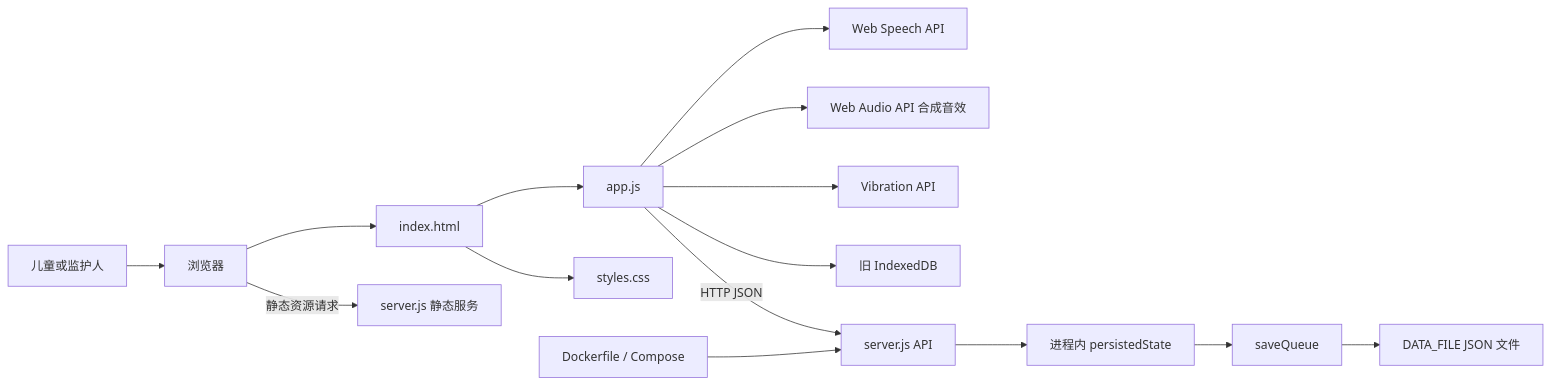
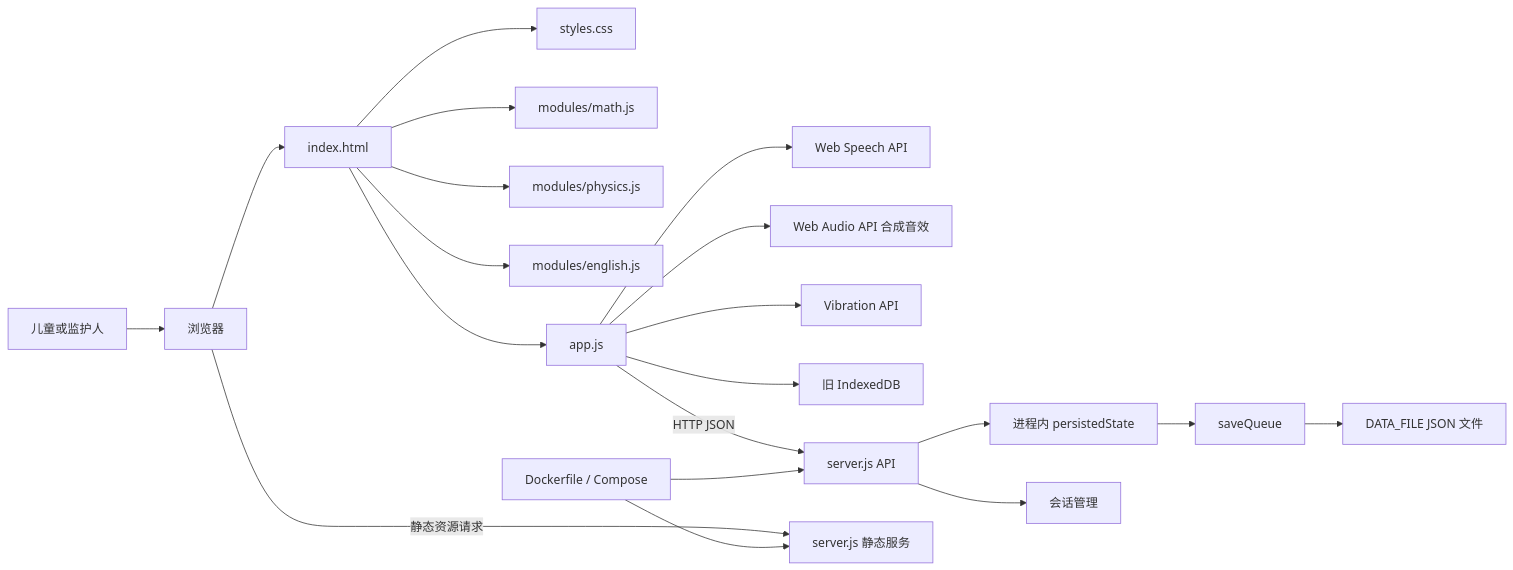
One commit to guccang/yuanbao changed the first of 2 diagrams in docs/codinghub/architecture.md. Above: the diagram before and after it, drawn with Mermaid. The commit also changed other lines of this file and 3 other files, not shown here.

````diff
--- a/docs/codinghub/architecture.md
+++ b/docs/codinghub/architecture.md
@@ -7,17 +7,22 @@
 ```mermaid
 flowchart LR
     User[儿童或监护人] --> Browser[浏览器]
     Browser --> HTML[index.html]
+    HTML --> CSS[styles.css]
+    HTML --> Math[modules/math.js]
+    HTML --> Physics[modules/physics.js]
+    HTML --> Eng[modules/english.js]
     HTML --> Client[app.js]
-    HTML --> CSS[styles.css]
     Client --> Speech[Web Speech API]
     Client --> Audio[Web Audio API 合成音效]
     Client --> Vibration[Vibration API]
     Client --> Legacy[旧 IndexedDB]
     Client -->|HTTP JSON| API[server.js API]
     Browser -->|静态资源请求| Static[server.js 静态服务]
     API --> Memory[进程内 persistedState]
+    API --> Auth[会话管理]
     Memory --> Queue[saveQueue]
     Queue --> File[DATA_FILE JSON 文件]
-    Deploy[Dockerfile / Compose] --> API
+    Deploy[Dockerfile / Compose] --> Static
+    Deploy --> API
 ```
````
